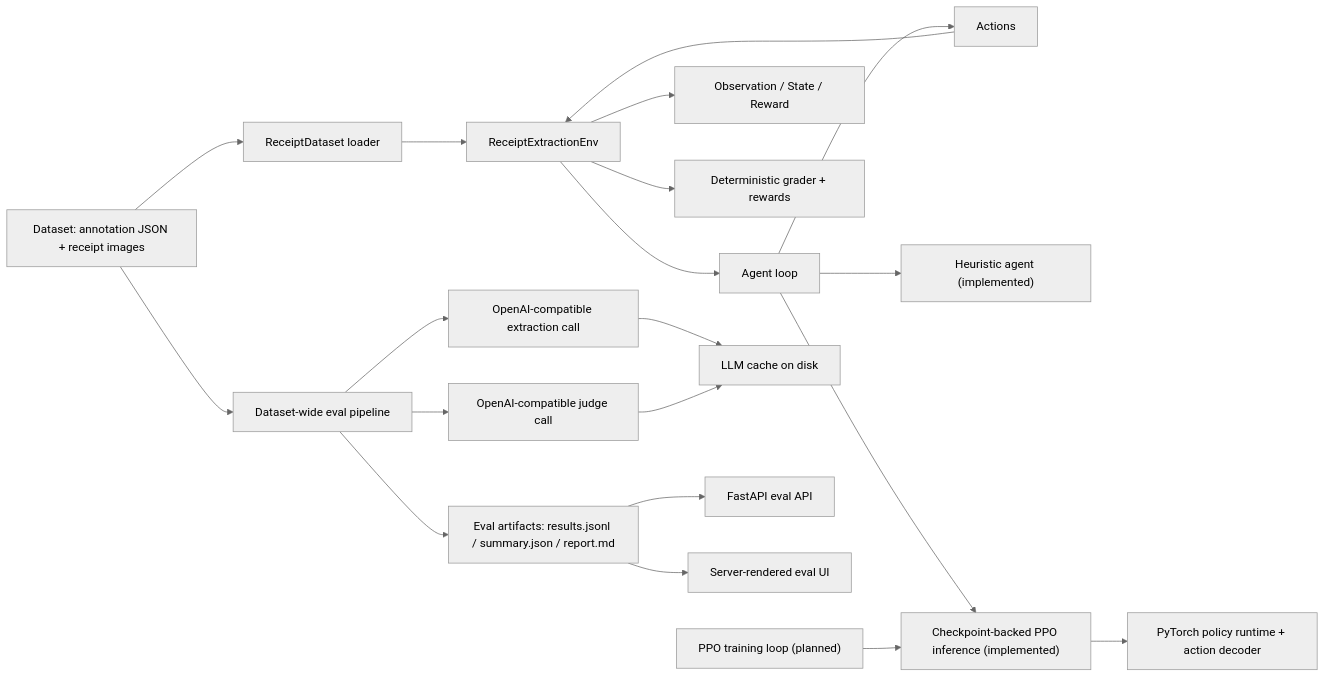
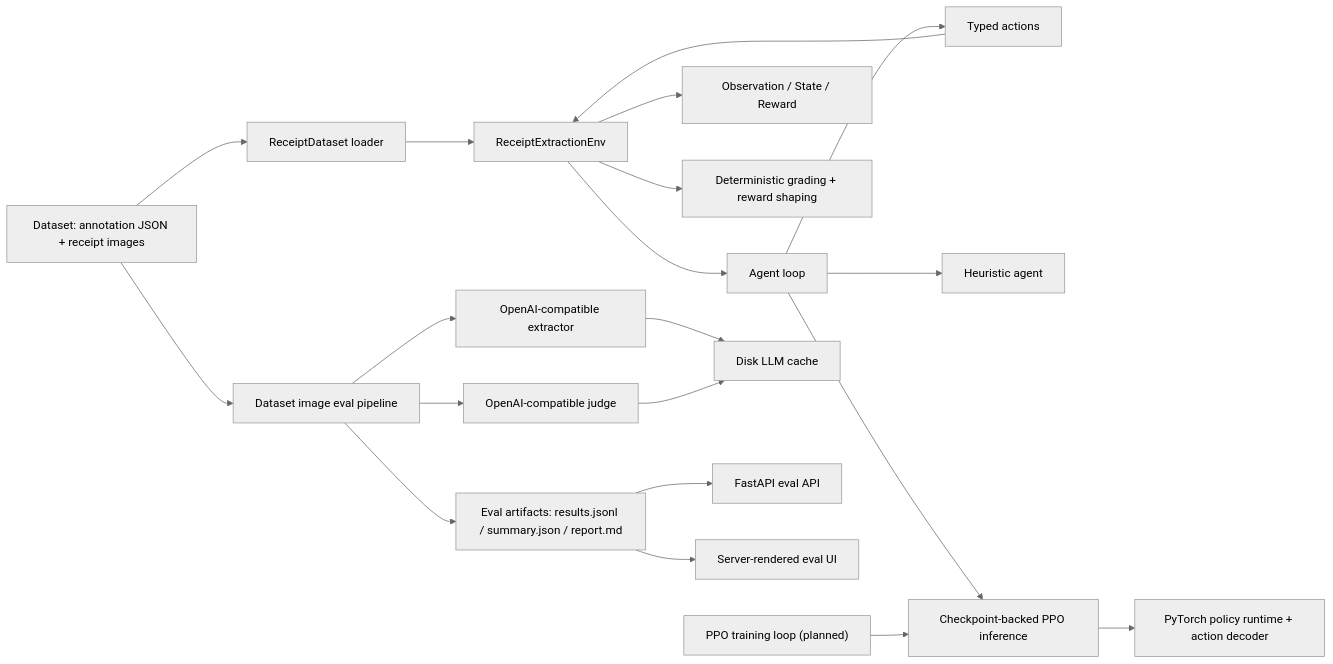
The diagram in docs/architecture/overall-system-architecture.md (shamitv/RL-Reciept-OCR), drawn with Mermaid (neutral theme) before and after one commit. The commit also changed other lines of this file and 4 other files, not shown here.

Commit message:
Document receipt-native task architecture

````diff
--- a/docs/architecture/overall-system-architecture.md
+++ b/docs/architecture/overall-system-architecture.md
@@ -14,24 +15,24 @@
 ```mermaid
 flowchart LR
     A["Dataset: annotation JSON + receipt images"] --> B["ReceiptDataset loader"]
     B --> C["ReceiptExtractionEnv"]
     C --> D["Agent loop"]
-    D --> E["Actions"]
+    D --> E["Typed actions"]
     E --> C
     C --> F["Observation / State / Reward"]
-    C --> G["Deterministic grader + rewards"]
+    C --> G["Deterministic grading + reward shaping"]
 
-    D --> H["Heuristic agent (implemented)"]
-    D --> I["Checkpoint-backed PPO inference (implemented)"]
-    I --> Q["PyTorch policy runtime + action decoder"]
-    R["PPO training loop (planned)"] --> I
+    D --> H["Heuristic agent"]
+    D --> I["Checkpoint-backed PPO inference"]
+    I --> J["PyTorch policy runtime + action decoder"]
+    K["PPO training loop (planned)"] --> I
 
-    A --> J["Dataset-wide eval pipeline"]
-    J --> K["OpenAI-compatible extraction call"]
-    J --> L["OpenAI-compatible judge call"]
-    K --> M["LLM cache on disk"]
-    L --> M
-    J --> N["Eval artifacts: results.jsonl / summary.json / report.md"]
-    N --> O["FastAPI eval API"]
-    N --> P["Server-rendered eval UI"]
+    A --> L["Dataset image eval pipeline"]
+    L --> M["OpenAI-compatible extractor"]
+    L --> N["OpenAI-compatible judge"]
+    M --> O["Disk LLM cache"]
+    N --> O
+    L --> P["Eval artifacts: results.jsonl / summary.json / report.md"]
+    P --> Q["FastAPI eval API"]
+    P --> R["Server-rendered eval UI"]
 ```
````
